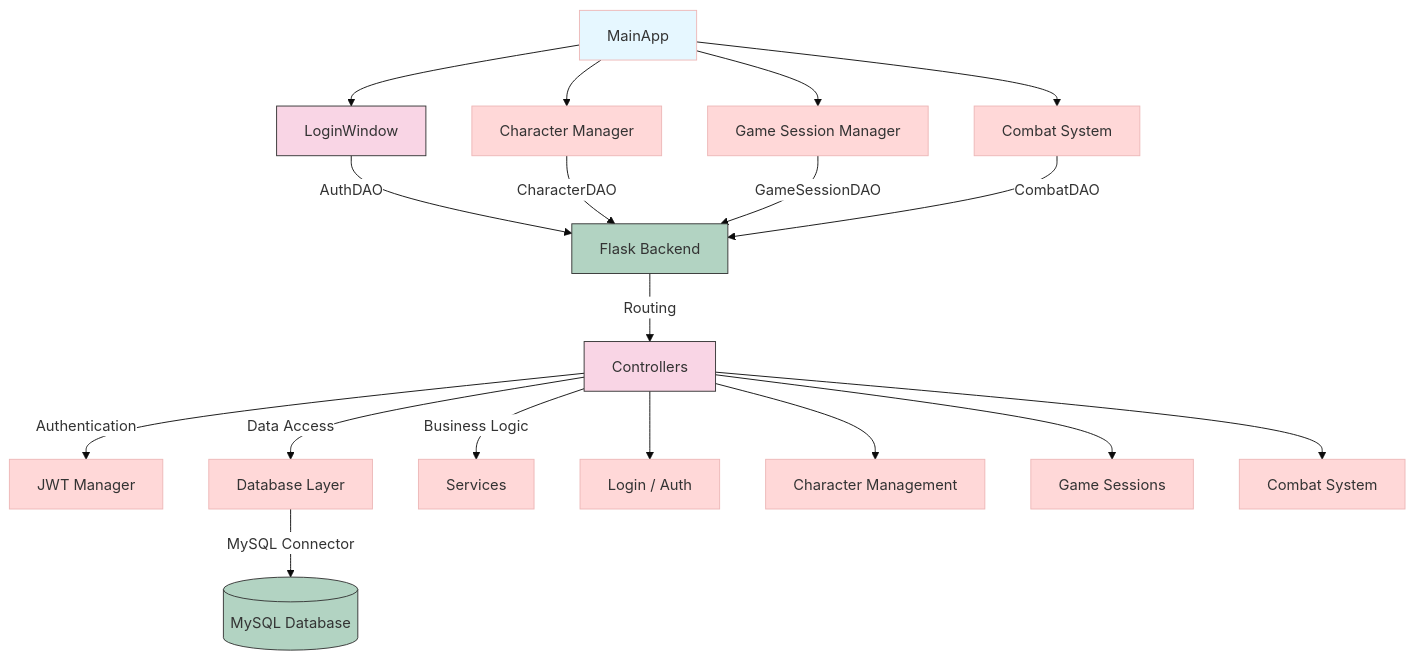
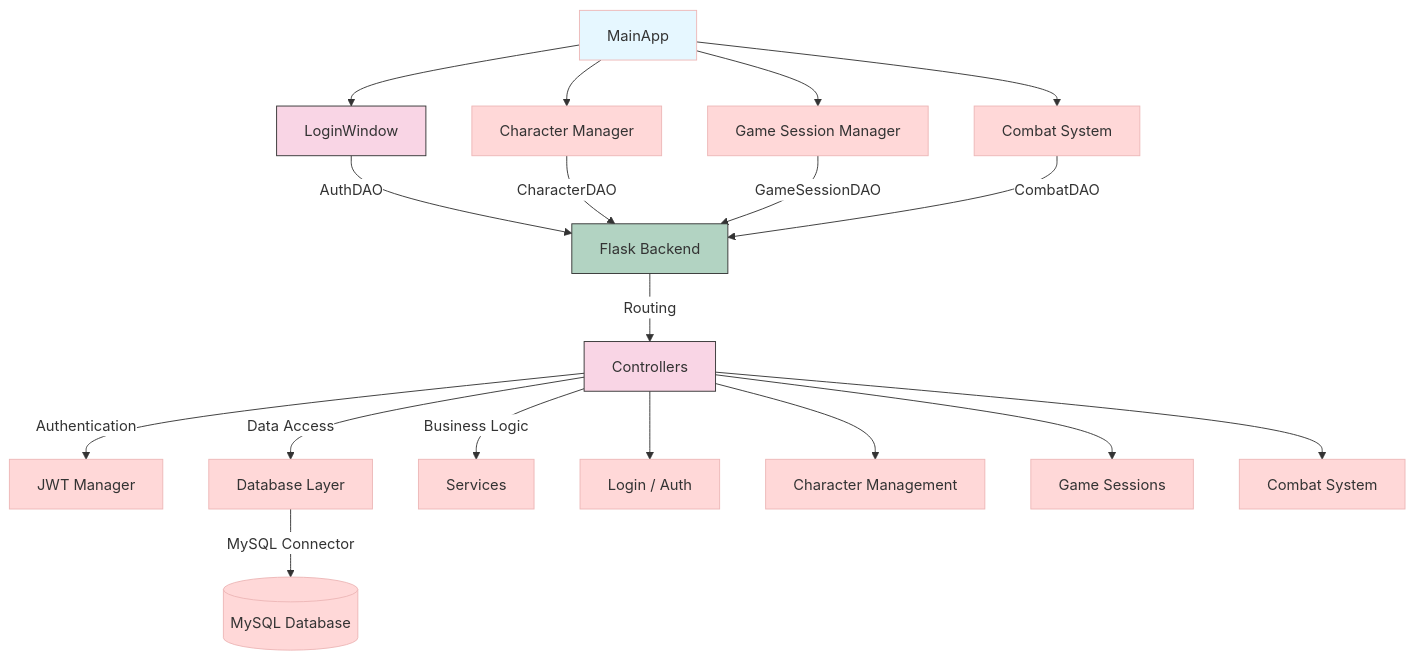
One commit to Ruben2006676/TapatApp changed the diagram in Projecte_ROL/Backend/DiagramaArquitecturaBackendFrontend.mermaid. Above: the diagram before and after it, drawn with Mermaid.

```diff
--- a/Projecte_ROL/Backend/DiagramaArquitecturaBackendFrontend.mermaid
+++ b/Projecte_ROL/Backend/DiagramaArquitecturaBackendFrontend.mermaid
@@ -1,34 +1,33 @@
-%%{init: {'theme': 'base', 'themeVariables': { 'primaryColor': '#ffd8d8', 'edgeLabelBackground':'#ffffff', 'backgroundColor': '#ffffff', 'nodeTextColor': '#333333'}}}%%
+%%{init: {'theme': 'base', 'themeVariables': { 'primaryColor': '#ffd8d8', 'edgeLabelBackground':'#ffffff', 'backgroundColor': '#ffffff', 'nodeTextColor': '#333333', 'lineColor': '#333333', 'arrowheadColor': '#333333'}}}%%
 graph TD
     %% Frontend %%
     A[MainApp] --> B[LoginWindow]
     A --> C[Character Manager]
     A --> D[Game Session Manager]
     A --> E[Combat System]
     
     B -->|AuthDAO| F[Backend]
     C -->|CharacterDAO| F
     D -->|GameSessionDAO| F
     E -->|CombatDAO| F
 
     %% Backend %%
     F[Flask Backend] -->|Routing| G[Controllers]
     G -->|Authentication| H[JWT Manager]
     G -->|Data Access| I[Database Layer]
     G -->|Business Logic| J[Services]
 
     %% Database %%
     I -->|MySQL Connector| K[(MySQL Database)]
     
     %% Simplified Routes %%
     G --> L[Login / Auth]
     G --> M[Character Management]
     G --> N[Game Sessions]
     G --> O[Combat System]
 
     %% Styling %%
     style A fill:#e6f7ff
     style B fill:#f9d5e5,stroke:#333
     style F fill:#b2d3c2,stroke:#333
     style G fill:#f9d5e5,stroke:#333
-    style K fill:#b2d3c2,stroke:#333
```
